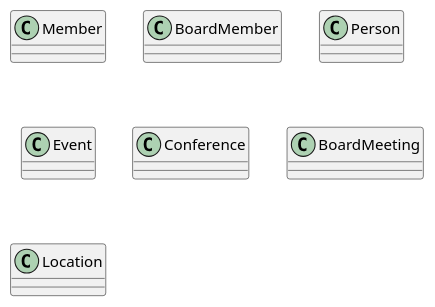
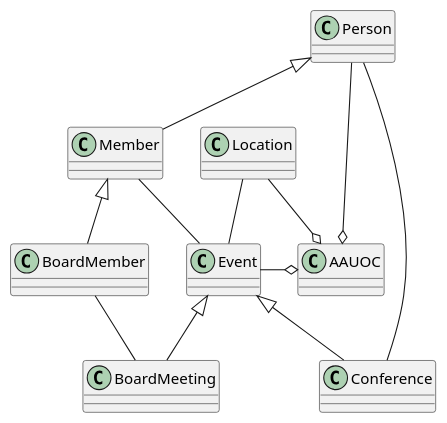
Before and after one commit to Jonycuenca/UMLClases_Jonattan: the diagram in DiagramaUML.puml, drawn with PlantUML. The commit also changed 1 other file, not shown here.

```diff
--- a/DiagramaUML.puml
+++ b/DiagramaUML.puml
@@ -1,25 +1,42 @@
 @startuml
 
     class Member {
 
     }
     class BoardMember {
 
         }
     class Person {
 
             }
     class Event {
 
         }
     class Conference {
 
         }
     class BoardMeeting {
 
         }
     class Location {
 
         }
+    class AAUOC{
+    }
+
+    Event <|-- Conference
+    Event <|-- BoardMeeting
+
+    Person  <|-- Member
+    Member <|-- BoardMember
+
+    Location -o AAUOC
+    Event -o AAUOC
+    Person -o AAUOC
+
+    Location -- Event
+    Member -- Event
+    Person -- Conference
+    BoardMember -- BoardMeeting
 
 @enduml
```
